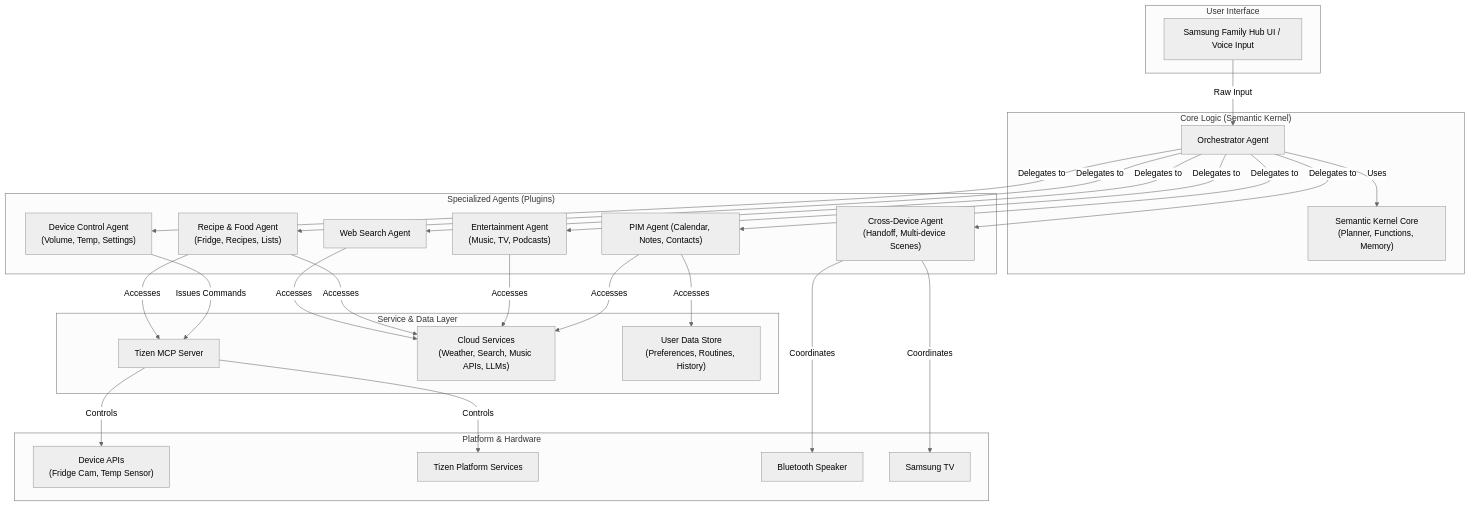
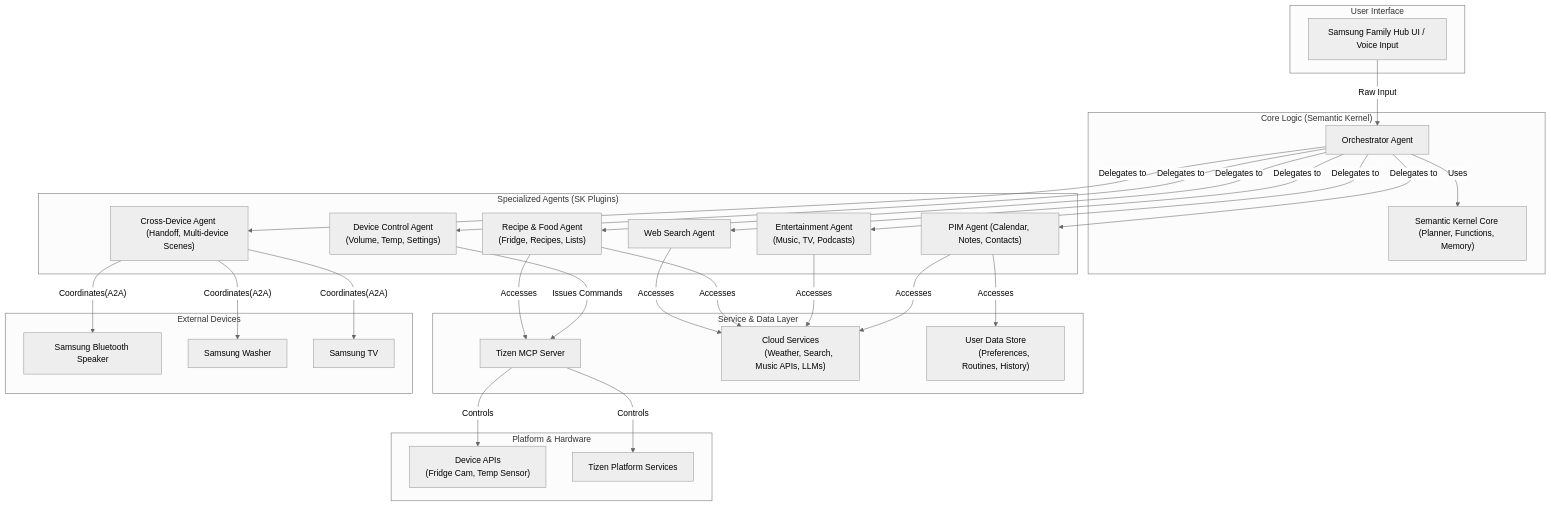
Before and after one commit to chachapranu/mew-agent-design: the diagram in gemini-code/architecture.md, drawn with Mermaid (neutral theme).

````diff
--- a/gemini-code/architecture.md
+++ b/gemini-code/architecture.md
@@ -4,57 +4,69 @@
 ```mermaid
 graph TD
     subgraph User_Interface["User Interface"]
         UI[Samsung Family Hub UI / Voice Input]
     end
 
     subgraph Core_Logic["Core Logic (Semantic Kernel)"]
         Orchestrator[Orchestrator Agent]
-        SK_Core["Semantic Kernel Core\n(Planner, Functions, Memory)"]
+        SK_Core["Semantic Kernel Core (Planner, Functions, Memory)"]
         Orchestrator -- Uses --> SK_Core
     end
 
-    subgraph Specialized_Agents["Specialized Agents (Plugins)"]
+    subgraph Specialized_Agents["Specialized Agents (SK Plugins)"]
         PIM_Agent["PIM Agent (Calendar, Notes, Contacts)"]
-        Entertainment_Agent["Entertainment Agent\n(Music, TV, Podcasts)"]
-        Recipe_Food_Agent["Recipe & Food Agent\n(Fridge, Recipes, Lists)"]
-        Device_Control_Agent["Device Control Agent\n(Volume, Temp, Settings)"]
-        Cross_Device_Agent["Cross-Device Agent\n(Handoff, Multi-device Scenes)"]
+        Entertainment_Agent["Entertainment Agent 
+        (Music, TV, Podcasts)"]
+        Recipe_Food_Agent["Recipe & Food Agent 
+        (Fridge, Recipes, Lists)"]
+        Device_Control_Agent["Device Control Agent 
+        (Volume, Temp, Settings)"]
+        Cross_Device_Agent["Cross-Device Agent 
+        (Handoff, Multi-device Scenes)"]
         Web_Search_Agent[Web Search Agent]
     end
 
     subgraph Service_Data["Service & Data Layer"]
         Tizen_MCP[Tizen MCP Server]
-        Cloud_Services["Cloud Services\n(Weather, Search, Music APIs, LLMs)"]
-        UserDataStore["User Data Store\n(Preferences, Routines, History)"]
+        Cloud_Services["Cloud Services
+        (Weather, Search, Music APIs, LLMs)"]
+        UserDataStore["User Data Store
+        (Preferences, Routines, History)"]
     end
 
     subgraph Platform_Hardware["Platform & Hardware"]
-        Device_APIs["Device APIs\n(Fridge Cam, Temp Sensor)"]
+        Device_APIs["Device APIs 
+        (Fridge Cam, Temp Sensor)"]
         Platform_Services[Tizen Platform Services]
-        BT_Speaker[Bluetooth Speaker]
+    end
+
+    subgraph External_Devices["External Devices"]
+        BT_Speaker[Samsung Bluetooth Speaker]
+        Waher[Samsung Washer]
         TV[Samsung TV]
     end
 
     %% Connections
     UI -- Raw Input --> Orchestrator
     Orchestrator -- Delegates to --> PIM_Agent
     Orchestrator -- Delegates to --> Entertainment_Agent
     Orchestrator -- Delegates to --> Recipe_Food_Agent
     Orchestrator -- Delegates to --> Device_Control_Agent
     Orchestrator -- Delegates to --> Cross_Device_Agent
     Orchestrator -- Delegates to --> Web_Search_Agent
 
     Device_Control_Agent -- Issues Commands --> Tizen_MCP
     Recipe_Food_Agent -- Accesses --> Tizen_MCP
     Tizen_MCP -- Controls --> Device_APIs
     Tizen_MCP -- Controls --> Platform_Services
 
     PIM_Agent -- Accesses --> UserDataStore
     PIM_Agent -- Accesses --> Cloud_Services
     Entertainment_Agent -- Accesses --> Cloud_Services
     Recipe_Food_Agent -- Accesses --> Cloud_Services
     Web_Search_Agent -- Accesses --> Cloud_Services
 
-    Cross_Device_Agent -- Coordinates --> TV
-    Cross_Device_Agent -- Coordinates --> BT_Speaker
+    Cross_Device_Agent -- Coordinates(A2A) --> TV
+    Cross_Device_Agent -- Coordinates(A2A) --> BT_Speaker
+    Cross_Device_Agent -- Coordinates(A2A) --> Waher
 ```
````
